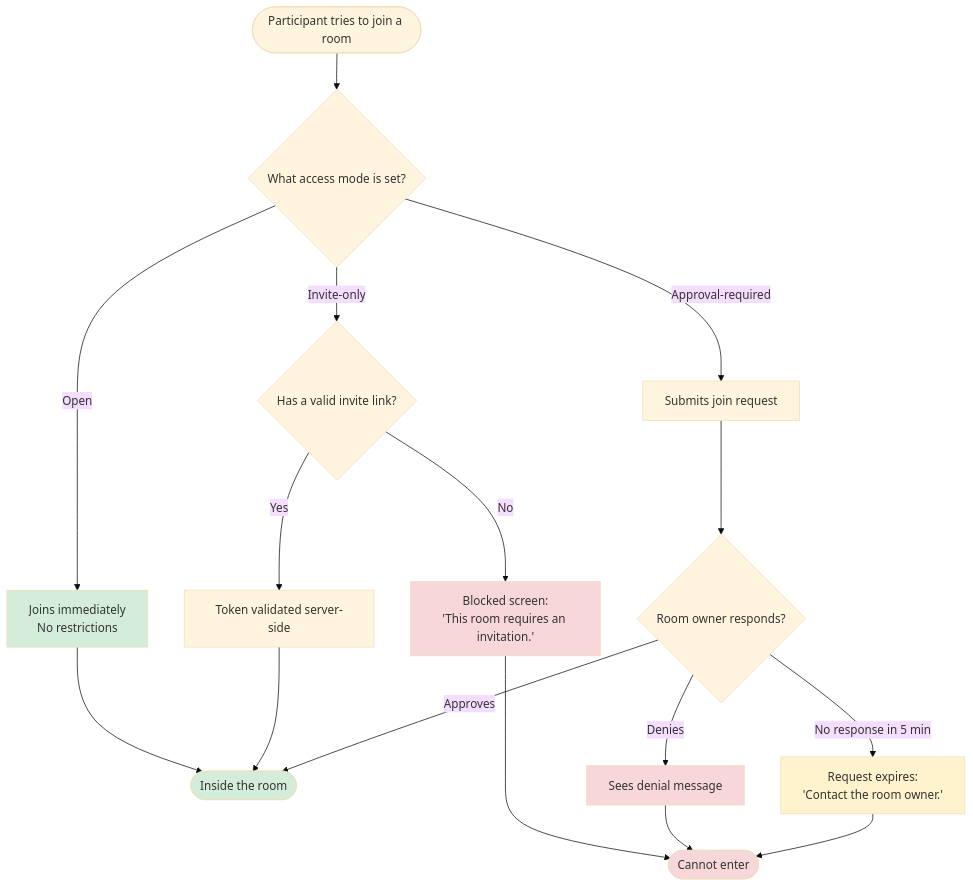
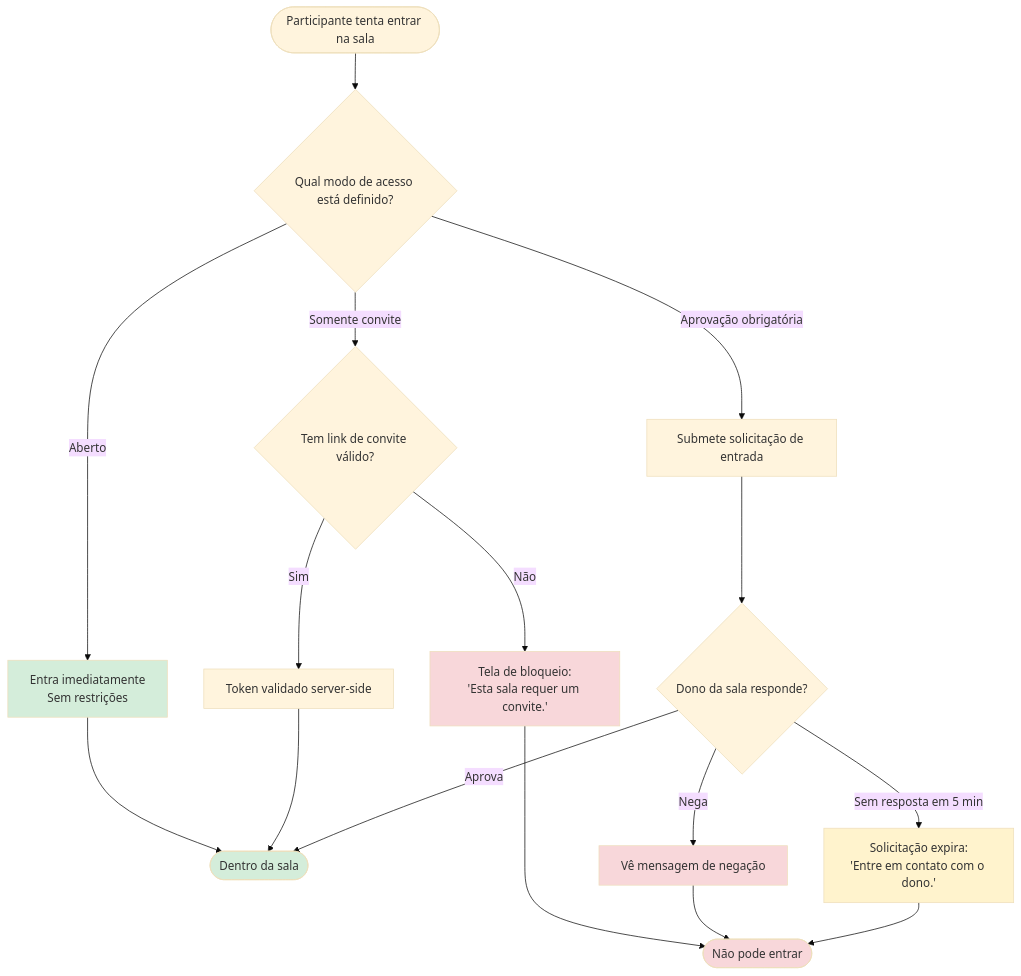
One commit to hugo-hsbtech/teamwork-process changed the second of 7 diagrams in case-poker/07.1-product-backlog-access-control.md. Above: the diagram before and after it, drawn with Mermaid (base theme). The commit also changed other lines of this file and 64 other files, not shown here.

````diff
--- a/case-poker/07.1-product-backlog-access-control.md
+++ b/case-poker/07.1-product-backlog-access-control.md
@@ -74,28 +74,28 @@
 ```mermaid
 flowchart TD
-    A([Participant tries to join a room]) --> B{What access mode is set?}
+    A([Participante tenta entrar na sala]) --> B{Qual modo de acesso está definido?}
 
-    B -- Open --> C[Joins immediately\nNo restrictions]
-    C --> Z([Inside the room])
+    B -- Aberto --> C[Entra imediatamente\nSem restrições]
+    C --> Z([Dentro da sala])
 
-    B -- Invite-only --> D{Has a valid invite link?}
-    D -- Yes --> E[Token validated server-side]
+    B -- Somente convite --> D{Tem link de convite válido?}
+    D -- Sim --> E[Token validado server-side]
     E --> Z
-    D -- No --> F[Blocked screen:\n'This room requires an invitation.']
-    F --> G([Cannot enter])
+    D -- Não --> F[Tela de bloqueio:\n'Esta sala requer um convite.']
+    F --> G([Não pode entrar])
 
-    B -- Approval-required --> H[Submits join request]
-    H --> I{Room owner responds?}
-    I -- Approves --> Z
-    I -- Denies --> J[Sees denial message]
+    B -- Aprovação obrigatória --> H[Submete solicitação de entrada]
+    H --> I{Dono da sala responde?}
+    I -- Aprova --> Z
+    I -- Nega --> J[Vê mensagem de negação]
     J --> G
-    I -- No response in 5 min --> K[Request expires:\n'Contact the room owner.']
+    I -- Sem resposta em 5 min --> K[Solicitação expira:\n'Entre em contato com o dono.']
     K --> G
 
     style C fill:#d4edda
     style Z fill:#d4edda
     style F fill:#f8d7da
     style G fill:#f8d7da
     style J fill:#f8d7da
     style K fill:#fff3cd
 ```
````
